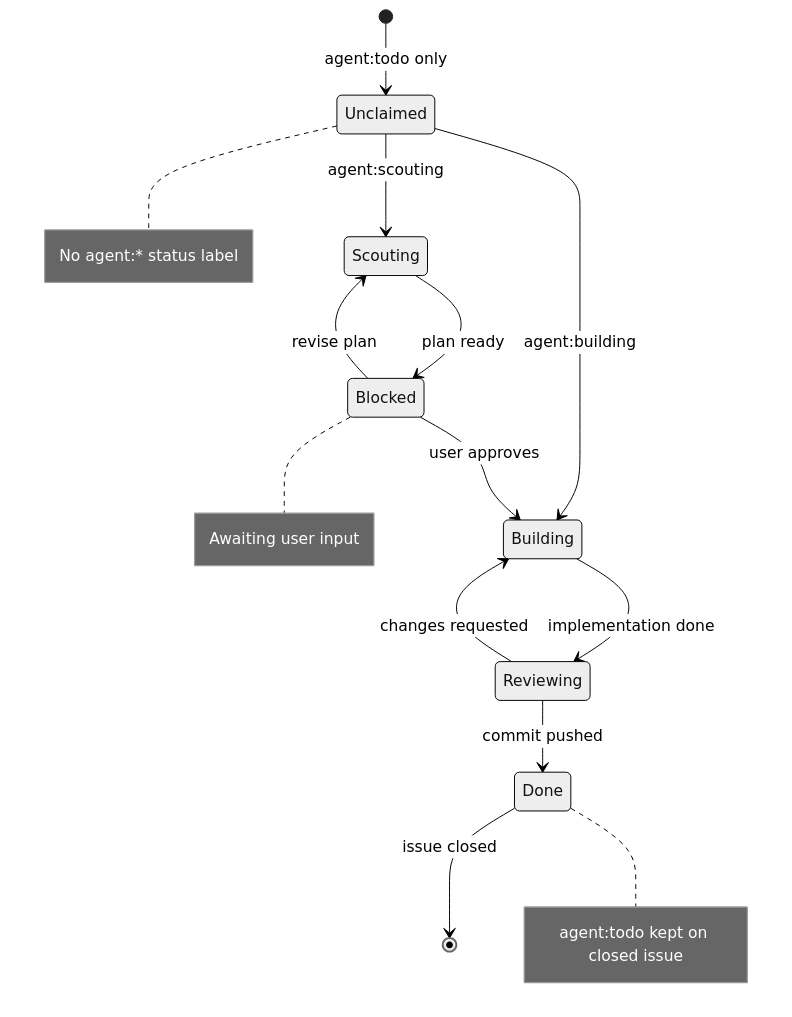
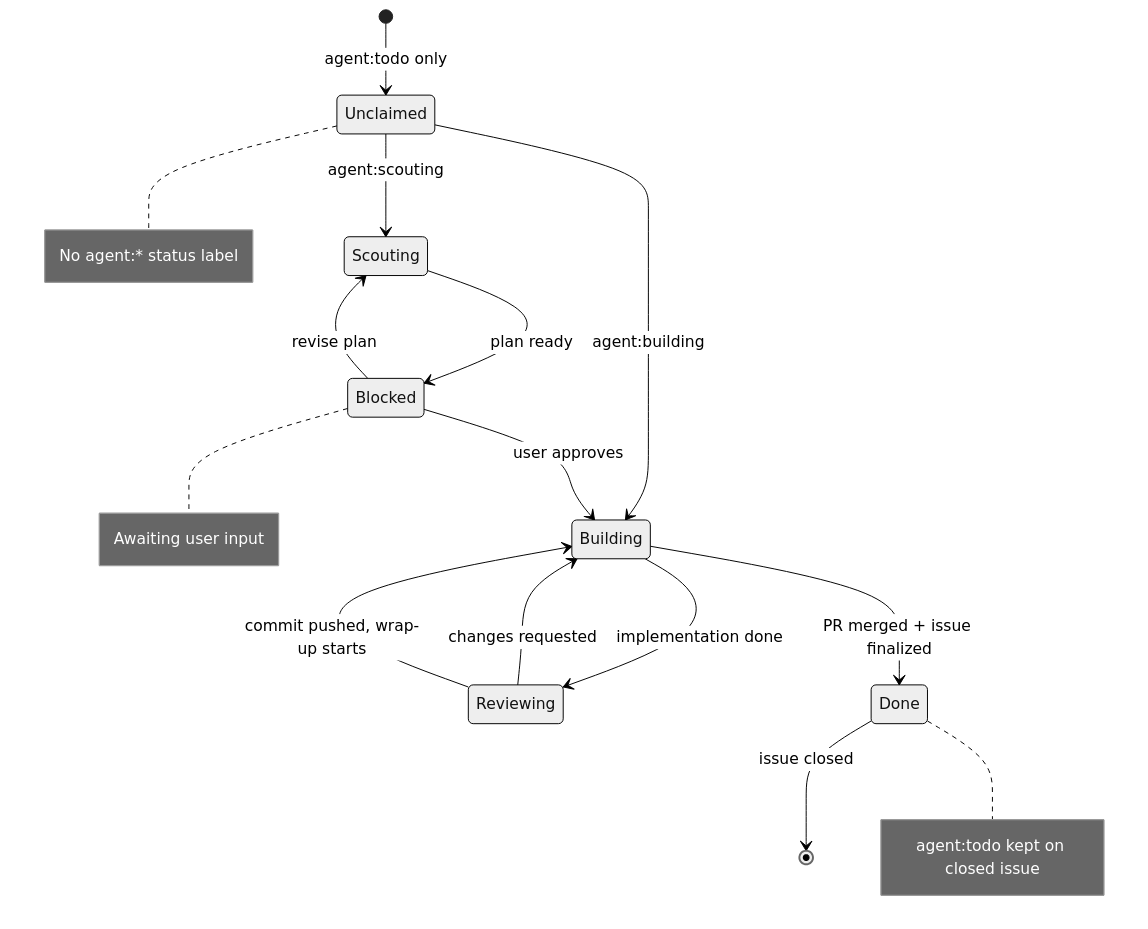
One commit to Entalpic/siesta changed the second of 3 diagrams in CONTRIBUTING.md. Above: the diagram before and after it, drawn with Mermaid (neutral theme). The commit also changed other lines of this file and 3 other files, not shown here.

````diff
--- a/CONTRIBUTING.md
+++ b/CONTRIBUTING.md
@@ -71,29 +72,30 @@
 ```mermaid
 stateDiagram-v2
     [*] --> Unclaimed: agent:todo only
 
     Unclaimed --> Scouting: agent:scouting
     Unclaimed --> Building: agent:building
 
     Scouting --> Blocked: plan ready
     Blocked --> Scouting: revise plan
     Blocked --> Building: user approves
 
     Building --> Reviewing: implementation done
     Reviewing --> Building: changes requested
-    Reviewing --> Done: commit pushed
+    Reviewing --> Building: commit pushed, wrap-up starts
+    Building --> Done: PR merged + issue finalized
 
     Done --> [*]: issue closed
 
     note right of Unclaimed
         No agent:* status label
     end note
 
     note right of Blocked
         Awaiting user input
     end note
 
     note right of Done
         agent:todo kept on closed issue
     end note
 ```
````
